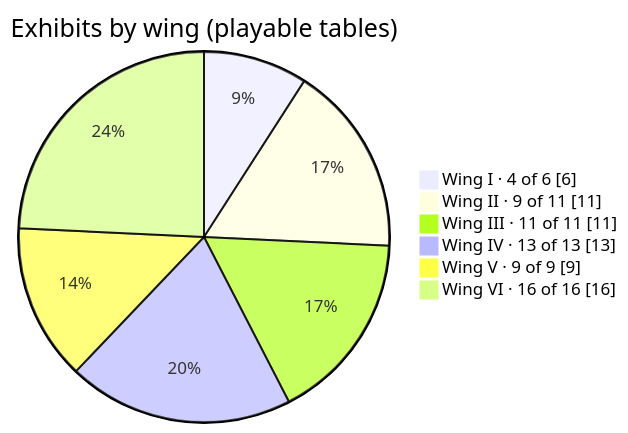
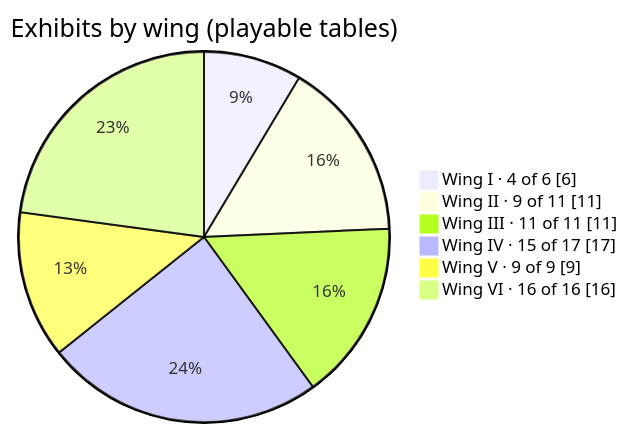
One commit to CptNope/Librarium-Archives changed the first of 8 diagrams in docs/exhibits.md. Above: the diagram before and after it, drawn with Mermaid. The commit also changed other lines of this file and 8 other files, not shown here.

````diff
--- a/docs/exhibits.md
+++ b/docs/exhibits.md
@@ -7,10 +7,10 @@
 ```mermaid
 pie showData
     title Exhibits by wing (playable tables)
     "Wing I · 4 of 6" : 6
     "Wing II · 9 of 11" : 11
     "Wing III · 11 of 11" : 11
-    "Wing IV · 13 of 13" : 13
+    "Wing IV · 15 of 17" : 17
     "Wing V · 9 of 9" : 9
     "Wing VI · 16 of 16" : 16
 ```
````
